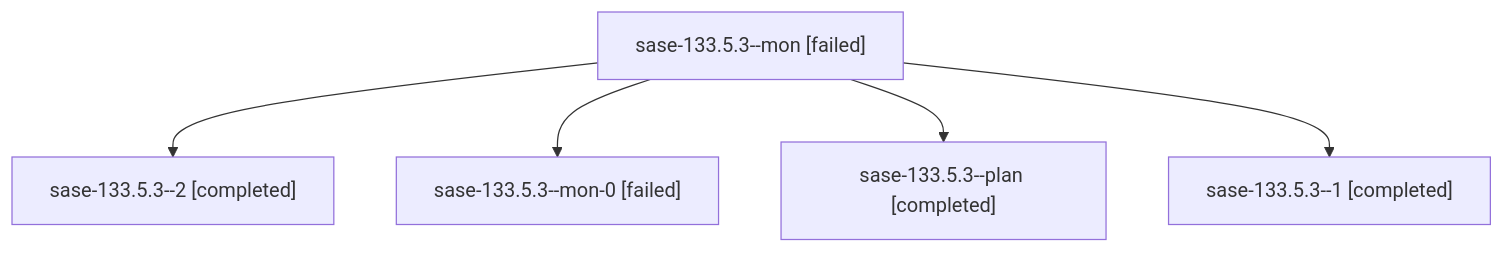
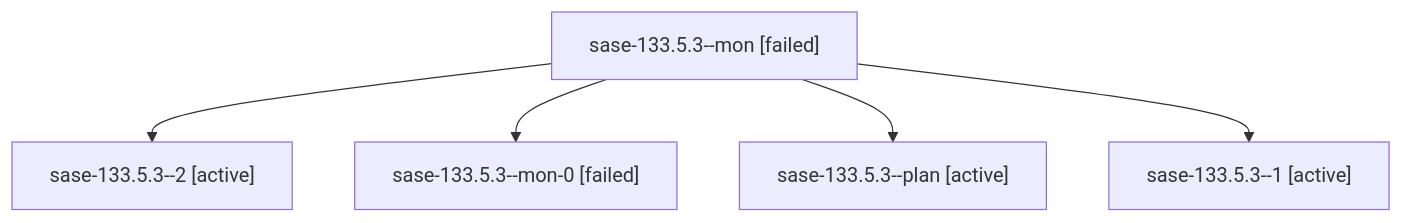
The diagram in families/bbugyi200.athena.sase-133.5.3.md (sase-org/sase--agents), drawn with Mermaid before and after one commit. The commit also changed other lines of this file and 35830 other files, not shown here.

````diff
--- a/families/bbugyi200.athena.sase-133.5.3.md
+++ b/families/bbugyi200.athena.sase-133.5.3.md
@@ -9,12 +9,12 @@
 ```mermaid
 flowchart TD
   n0["sase-133.5.3--mon [failed]"]
-  n1["sase-133.5.3--2 [completed]"]
+  n1["sase-133.5.3--2 [active]"]
   n0 --> n1
   n2["sase-133.5.3--mon-0 [failed]"]
   n0 --> n2
-  n3["sase-133.5.3--plan [completed]"]
+  n3["sase-133.5.3--plan [active]"]
   n0 --> n3
-  n4["sase-133.5.3--1 [completed]"]
+  n4["sase-133.5.3--1 [active]"]
   n0 --> n4
 ```
````
